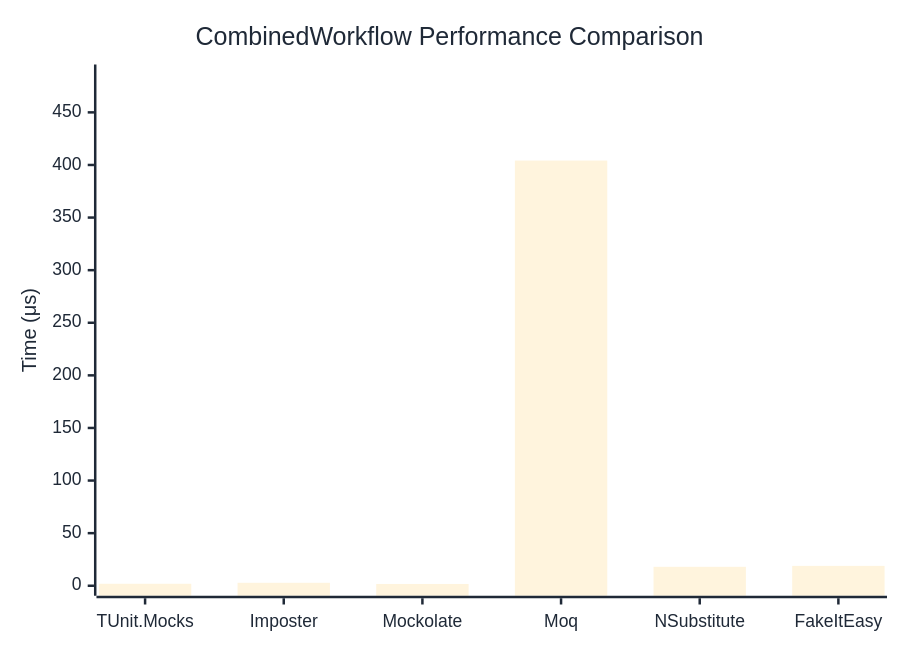
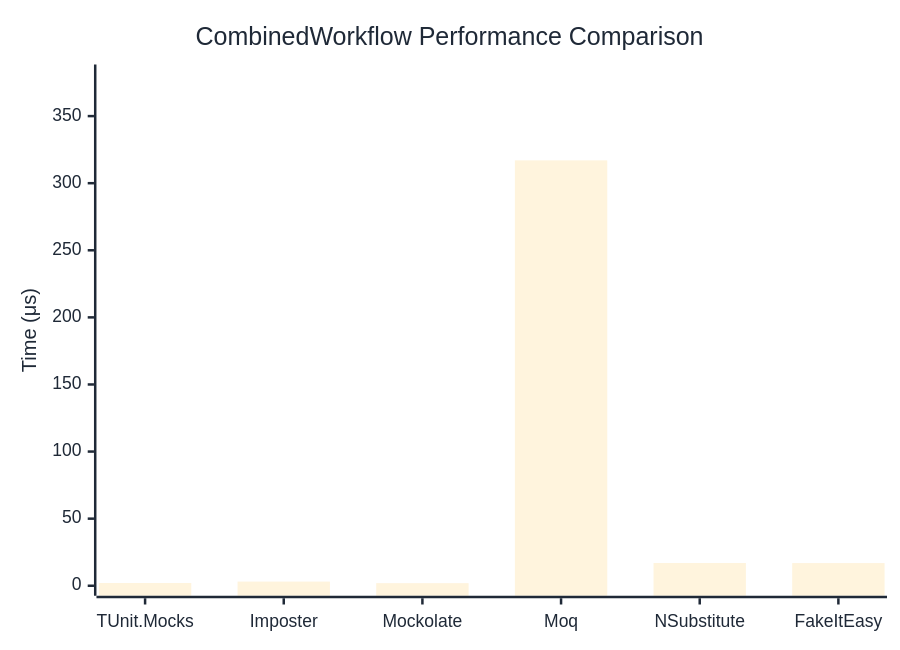
Before and after one commit to thomhurst/TUnit: the diagram in docs/docs/benchmarks/mocks/CombinedWorkflow.md, drawn with Mermaid. The commit also changed other lines of this file and 14 other files, not shown here.

````diff
--- a/docs/docs/benchmarks/mocks/CombinedWorkflow.md
+++ b/docs/docs/benchmarks/mocks/CombinedWorkflow.md
@@ -30,27 +30,27 @@
 ```mermaid
 %%{init: {
   'theme':'base',
   'themeVariables': {
     'primaryColor': '#2563eb',
     'primaryTextColor': '#1f2937',
     'primaryBorderColor': '#1e40af',
     'lineColor': '#6b7280',
     'secondaryColor': '#7c3aed',
     'tertiaryColor': '#dc2626',
     'background': '#ffffff',
     'pie1': '#2563eb',
     'pie2': '#7c3aed',
     'pie3': '#dc2626',
     'pie4': '#f59e0b',
     'pie5': '#10b981',
     'pie6': '#06b6d4',
     'pie7': '#ec4899',
     'pie8': '#6366f1'
   }
 }}%%
 xychart-beta
   title "CombinedWorkflow Performance Comparison"
   x-axis ["TUnit.Mocks", "Imposter", "Mockolate", "Moq", "NSubstitute", "FakeItEasy"]
-  y-axis "Time (μs)" 0 --> 486
-  bar [1.888, 2.812, 1.706, 404.189, 18.008, 18.888]
+  y-axis "Time (μs)" 0 --> 381
+  bar [2.064, 3.103, 1.937, 317.011, 16.949, 16.891]
 ```
````
